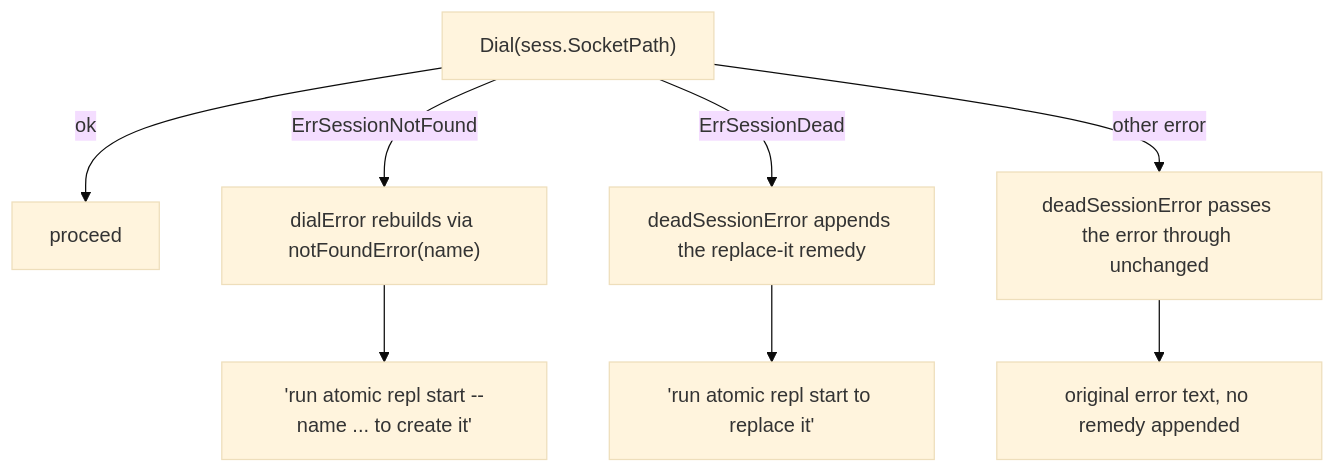
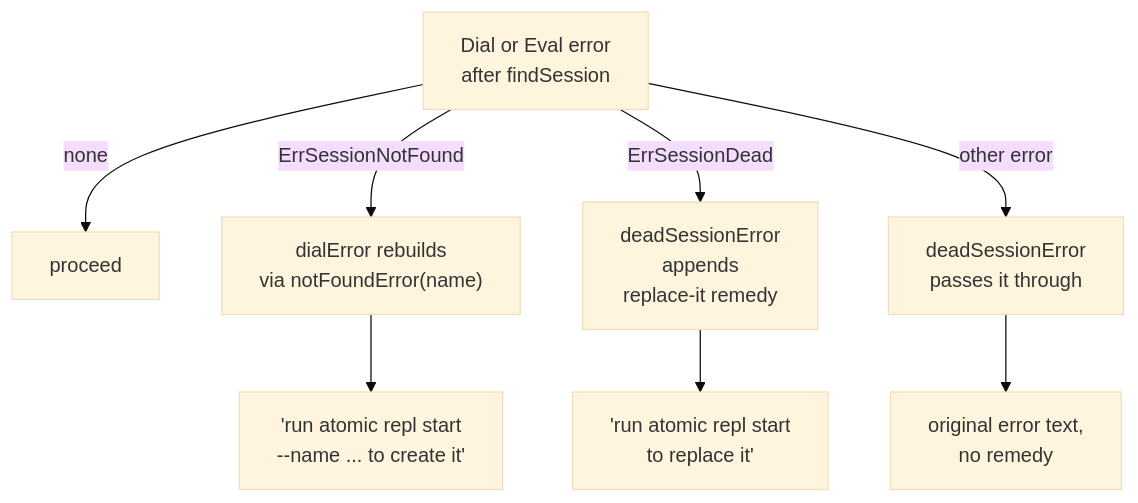
Before and after one commit to damusix/atomic-claude: the sixth of 6 diagrams in docs/wiki/repl.md, drawn with Mermaid (base theme). The commit also changed other lines of this file and 19 other files, not shown here.

````diff
--- a/docs/wiki/repl.md
+++ b/docs/wiki/repl.md
@@ -74,10 +141,11 @@
 ```mermaid
 flowchart TD
-    D["Dial(sess.SocketPath)"] -->|ok| OK[proceed]
-    D -->|ErrSessionNotFound| RB["dialError rebuilds via notFoundError(name)"]
-    D -->|ErrSessionDead| DEAD["deadSessionError appends the replace-it remedy"]
-    D -->|other error| PASS["deadSessionError passes the error through unchanged"]
-    RB --> MSG1["'run atomic repl start --name ... to create it'"]
-    DEAD --> MSG2["'run atomic repl start to replace it'"]
-    PASS --> MSG3["original error text, no remedy appended"]
+    %% source: atomic/internal/repl/action.go, client.go
+    D["Dial or Eval error<br/>after findSession"] -->|none| OK[proceed]
+    D -->|ErrSessionNotFound| RB["dialError rebuilds<br/>via notFoundError(name)"]
+    D -->|ErrSessionDead| DEAD["deadSessionError<br/>appends<br/>replace-it remedy"]
+    D -->|other error| PASS["deadSessionError<br/>passes it through"]
+    RB --> MSG1["'run atomic repl start<br/>--name ... to create it'"]
+    DEAD --> MSG2["'run atomic repl start<br/>to replace it'"]
+    PASS --> MSG3["original error text,<br/>no remedy"]
 ```
````
